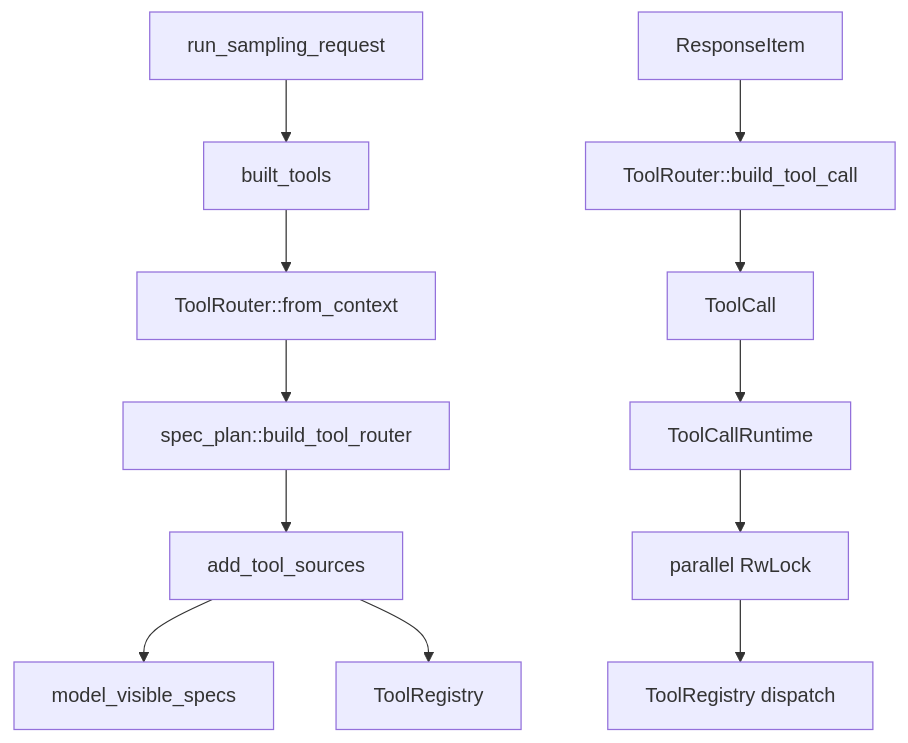
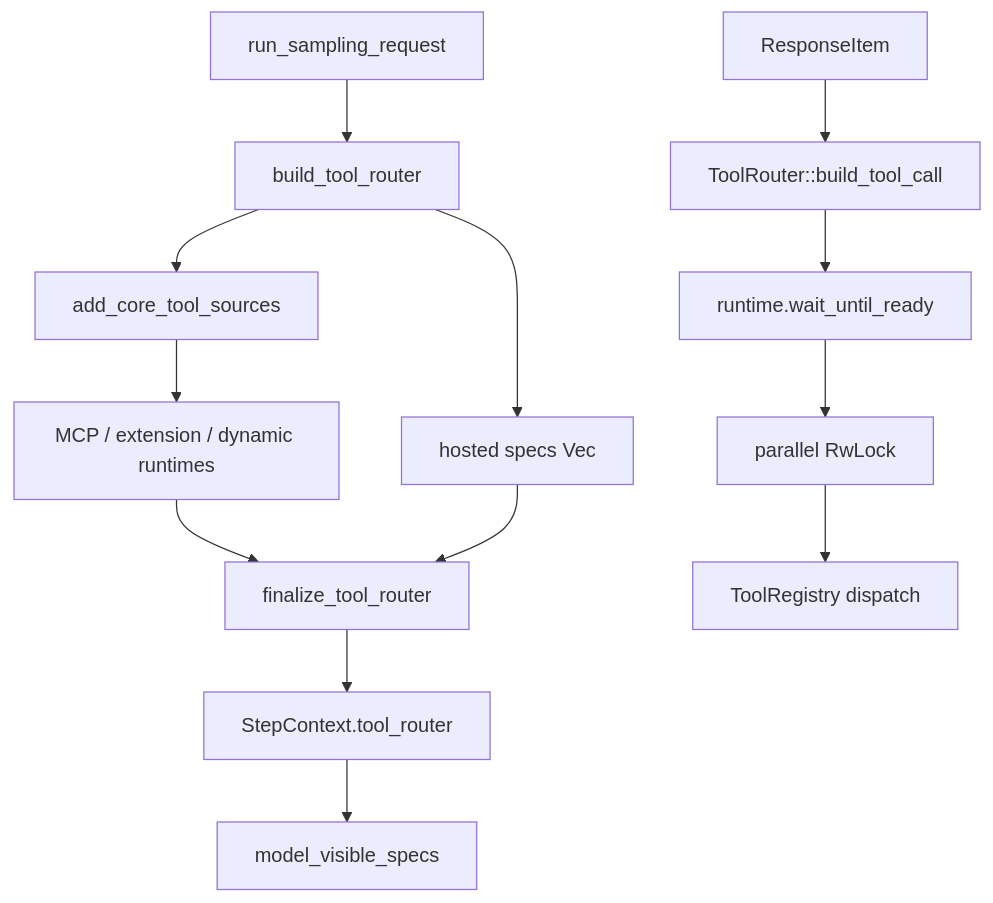
One commit to wdnmdtonyma/SOTA-Agent-LLM-Wiki changed the diagram in docs/llm-wiki/codex/spine/tool-call-anatomy.md. Above: the diagram before and after it, drawn with Mermaid. The commit also changed other lines of this file and 183 other files, not shown here.

````diff
--- a/docs/llm-wiki/codex/spine/tool-call-anatomy.md
+++ b/docs/llm-wiki/codex/spine/tool-call-anatomy.md
@@ -24,14 +16,15 @@
 ```mermaid
 flowchart TD
-    TURN["run_sampling_request"] --> BUILT["built_tools"]
-    BUILT --> ROUTERCTX["ToolRouter::from_context"]
-    ROUTERCTX --> SPECPLAN["spec_plan::build_tool_router"]
-    SPECPLAN --> SOURCES["add_tool_sources"]
-    SOURCES --> SPECS["model_visible_specs"]
-    SOURCES --> REGISTRY["ToolRegistry"]
-    MODEL["ResponseItem"] --> BUILDCALL["ToolRouter::build_tool_call"]
-    BUILDCALL --> CALL["ToolCall"]
-    CALL --> RUNTIME["ToolCallRuntime"]
-    RUNTIME --> GATE["parallel RwLock"]
+    TURN["run_sampling_request"] --> BUILD["build_tool_router"]
+    BUILD --> CORE["add_core_tool_sources"]
+    CORE --> EXTRA["MCP / extension / dynamic runtimes"]
+    BUILD --> HOSTED["hosted specs Vec"]
+    EXTRA --> FINAL["finalize_tool_router"]
+    HOSTED --> FINAL
+    FINAL --> STEP["StepContext.tool_router"]
+    STEP --> PROMPT["model_visible_specs"]
+    MODEL["ResponseItem"] --> CALL["ToolRouter::build_tool_call"]
+    CALL --> READY["runtime.wait_until_ready"]
+    READY --> GATE["parallel RwLock"]
     GATE --> DISPATCH["ToolRegistry dispatch"]
 ```
````
